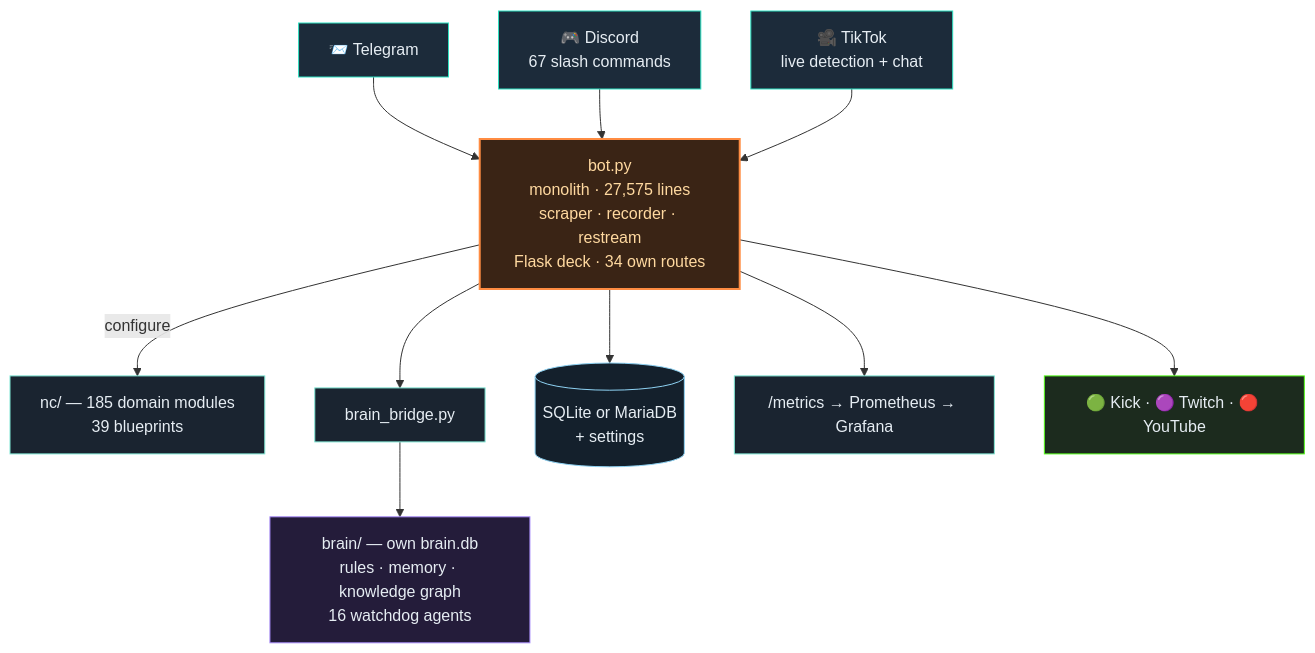
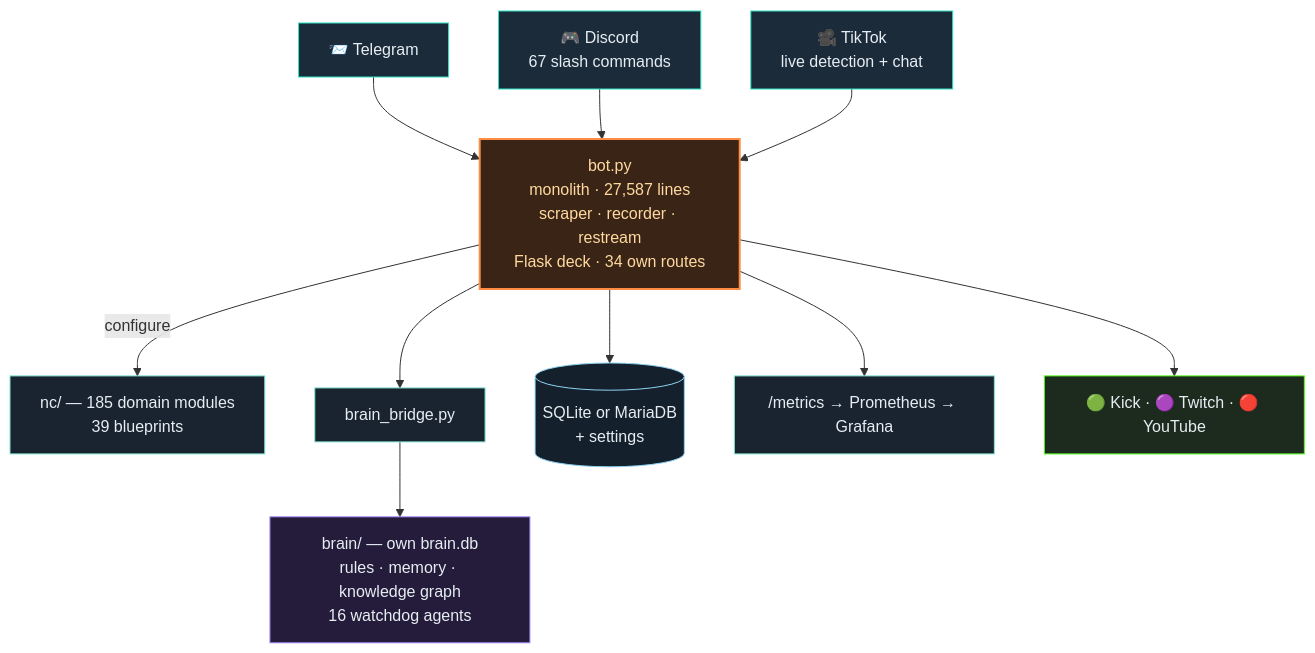
One commit to itsamemedev/Telegram-Stream-Info-Bot changed the second of 3 diagrams in README.en.md. Above: the diagram before and after it, drawn with Mermaid. The commit also changed other lines of this file and 18 other files, not shown here.

````diff
--- a/README.en.md
+++ b/README.en.md
@@ -119,19 +119,19 @@
 ```mermaid
 flowchart TB
     TG["📨 Telegram"]:::ein --> BOT
     DC["🎮 Discord<br/>67 slash commands"]:::ein --> BOT
     TT["🎥 TikTok<br/>live detection + chat"]:::ein --> BOT
-    BOT["bot.py<br/>monolith · 27,575 lines<br/>scraper · recorder · restream<br/>Flask deck · 34 own routes"]:::core
+    BOT["bot.py<br/>monolith · 27,587 lines<br/>scraper · recorder · restream<br/>Flask deck · 34 own routes"]:::core
     BOT -->|configure| NC["nc/ — 185 domain modules<br/>39 blueprints"]:::lib
     BOT --> BR["brain_bridge.py"]:::lib
     BR --> BRAIN["brain/ — own brain.db<br/>rules · memory · knowledge graph<br/>16 watchdog agents"]:::brain
     BOT --> DB[("SQLite or MariaDB<br/>+ settings")]:::db
     BOT --> PROM["/metrics → Prometheus → Grafana"]:::lib
     BOT --> OUT["🟢 Kick · 🟣 Twitch · 🔴 YouTube"]:::out
     classDef ein fill:#1c2b3a,stroke:#2de1c2,color:#e6edf3
     classDef core fill:#3a2415,stroke:#ff8c42,stroke-width:2px,color:#ffd9a0
     classDef lib fill:#1a2430,stroke:#7fe7d4,color:#e6edf3
     classDef brain fill:#241c3a,stroke:#a78bfa,color:#e6edf3
     classDef db fill:#14202c,stroke:#8fd3f4,color:#e6edf3
     classDef out fill:#1c2b1e,stroke:#53fc18,color:#e6edf3
 ```
````
